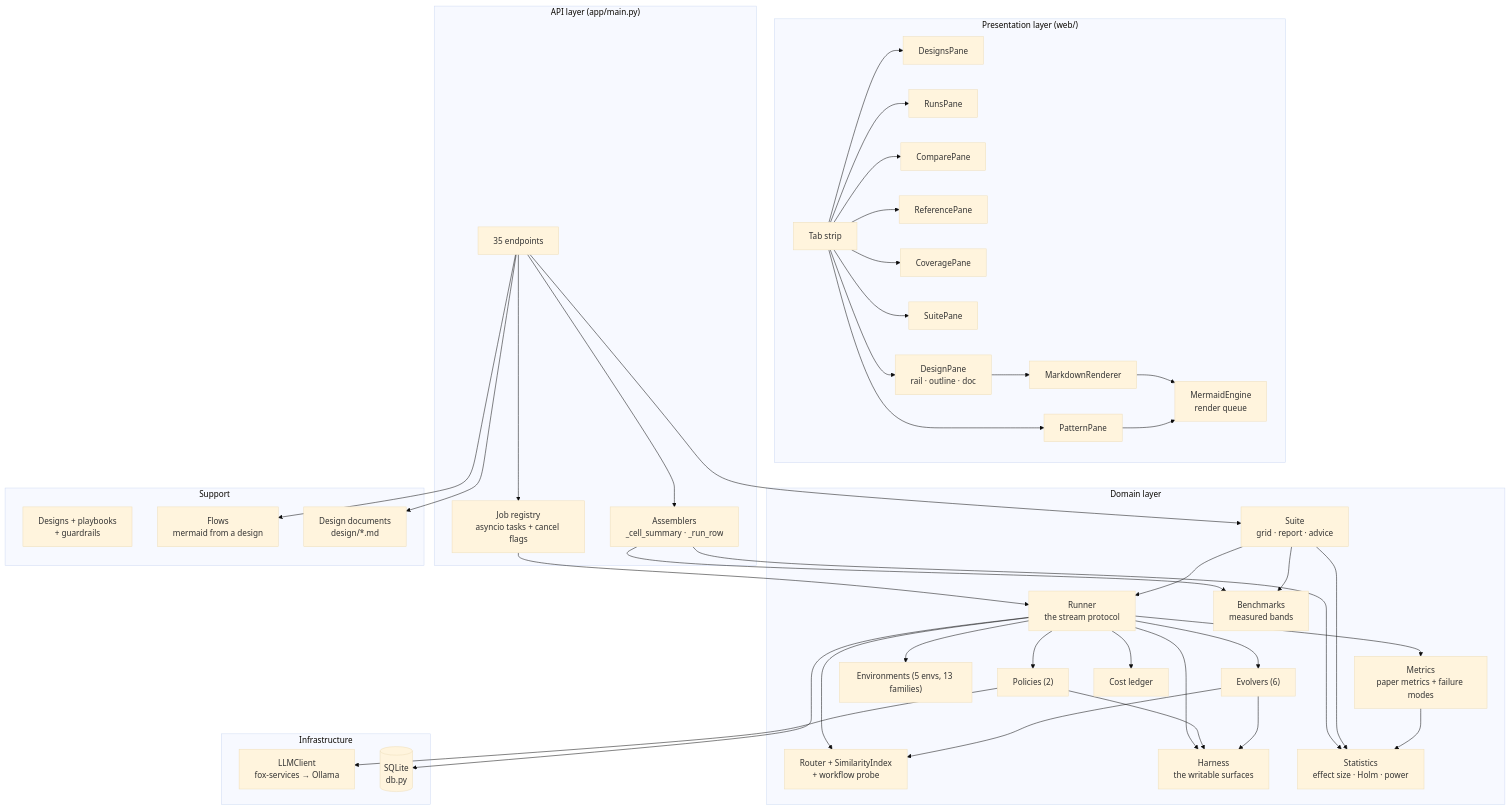
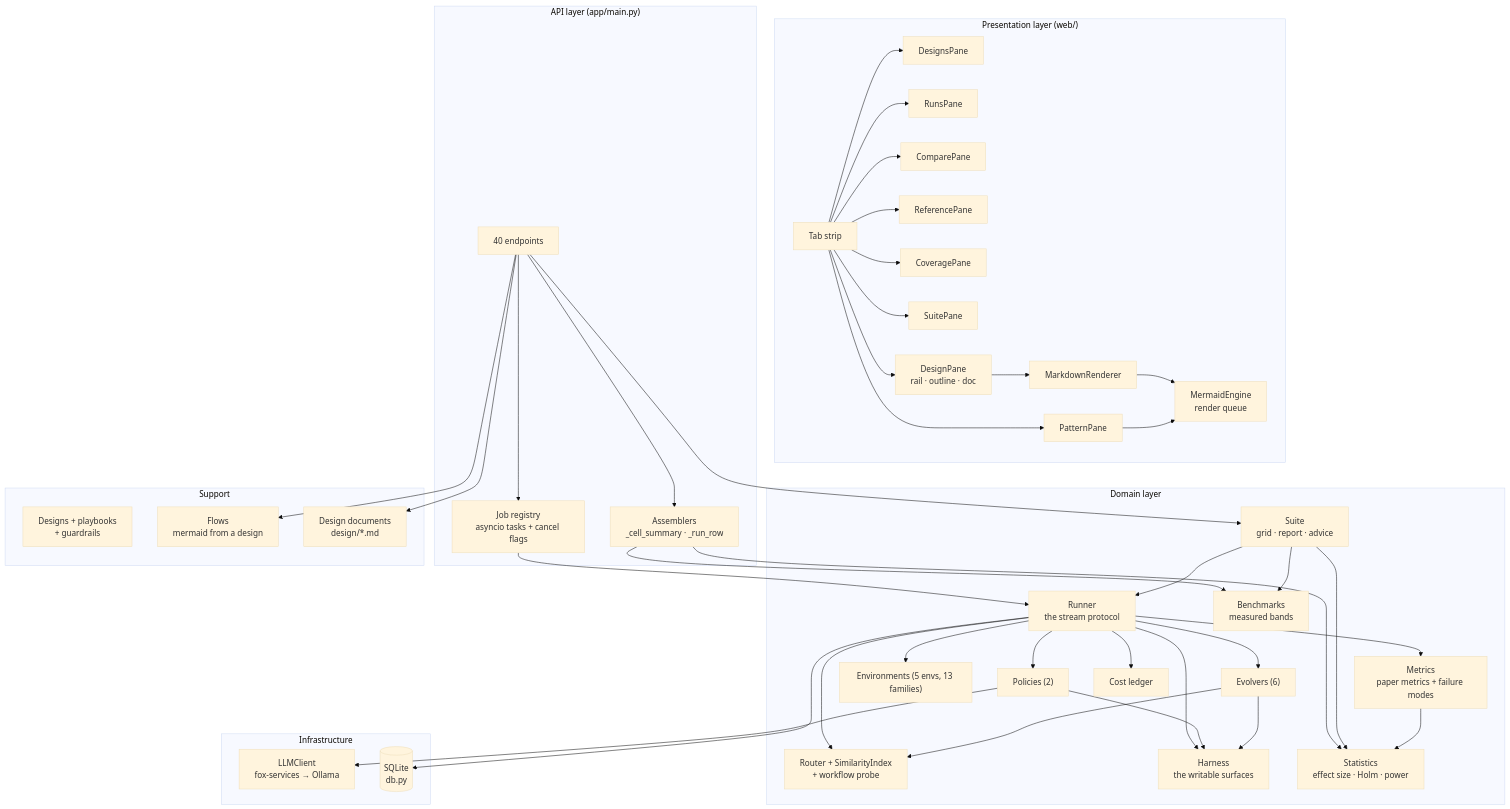
The first of 4 diagrams in design/02-uml.md (harishgovardhandamodar/self-learning-agents), drawn with Mermaid (base theme) before and after one commit. The commit also changed 14 other files, not shown here.

````diff
--- a/design/02-uml.md
+++ b/design/02-uml.md
@@ -9,78 +9,78 @@
 ```mermaid
 flowchart TB
   subgraph PRES["Presentation layer (web/)"]
     TABS["Tab strip"]
     DSP["DesignsPane"]
     RNP["RunsPane"]
     CMP["ComparePane"]
     REFP["ReferencePane"]
     CVP["CoveragePane"]
     SUP["SuitePane"]
     PATP["PatternPane"]
     DSPN["DesignPane<br/>rail · outline · doc"]
     MD["MarkdownRenderer"]
     MMR["MermaidEngine<br/>render queue"]
   end
 
   subgraph API["API layer (app/main.py)"]
-    ROUTES["35 endpoints"]
+    ROUTES["40 endpoints"]
     JOBS["Job registry<br/>asyncio tasks + cancel flags"]
     ASSE["Assemblers<br/>_cell_summary · _run_row"]
   end
 
   subgraph DOMAIN["Domain layer"]
     RUNNER["Runner<br/>the stream protocol"]
     EVOLVERS["Evolvers (6)"]
     POLICIES["Policies (2)"]
     ENVIRON["Environments (5 envs, 13 families)"]
     RETRIEVAL["Router + SimilarityIndex<br/>+ workflow probe"]
     HARNESS["Harness<br/>the writable surfaces"]
     METRICS["Metrics<br/>paper metrics + failure modes"]
     STATS["Statistics<br/>effect size · Holm · power"]
     COST["Cost ledger"]
     SUITE["Suite<br/>grid · report · advice"]
     BENCH["Benchmarks<br/>measured bands"]
   end
 
   subgraph SUPPORT["Support"]
     DESIGNS["Designs + playbooks<br/>+ guardrails"]
     FLOWS["Flows<br/>mermaid from a design"]
     DOCS["Design documents<br/>design/*.md"]
   end
 
   subgraph INFRA["Infrastructure"]
     LLM["LLMClient<br/>fox-services → Ollama"]
     DB[("SQLite<br/>db.py")]
   end
 
   TABS --> DSP & RNP & CMP & REFP & CVP & SUP & PATP & DSPN
   DSPN --> MD
   MD --> MMR
   PATP --> MMR
 
   ROUTES --> JOBS
   JOBS --> RUNNER
   ROUTES --> SUITE
   ROUTES --> ASSE
   ASSE --> STATS
   ASSE --> BENCH
   ROUTES --> FLOWS
   ROUTES --> DOCS
 
   SUITE --> RUNNER
   SUITE --> STATS
   SUITE --> BENCH
   RUNNER --> EVOLVERS
   RUNNER --> POLICIES
   RUNNER --> ENVIRON
   RUNNER --> RETRIEVAL
   RUNNER --> HARNESS
   RUNNER --> METRICS
   RUNNER --> COST
   RUNNER --> DB
   POLICIES --> LLM
   POLICIES --> HARNESS
   EVOLVERS --> HARNESS
   EVOLVERS --> RETRIEVAL
   METRICS --> STATS
 ```
````
